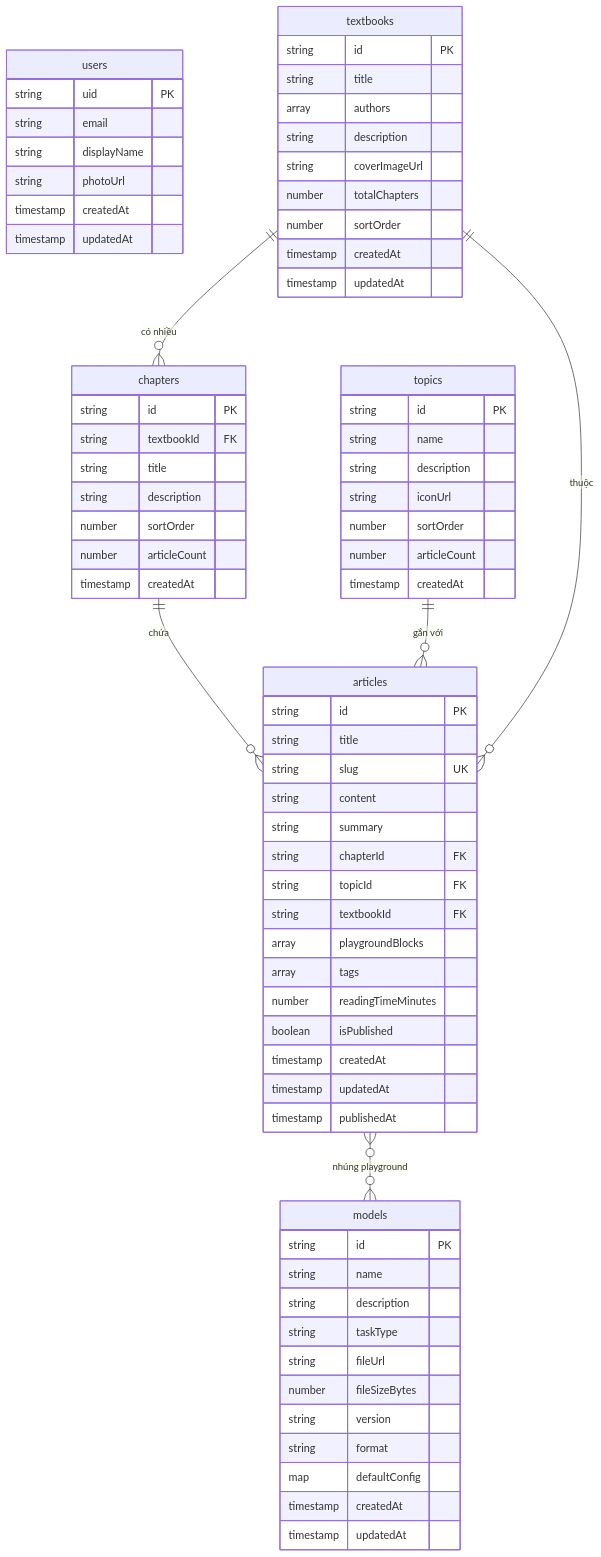
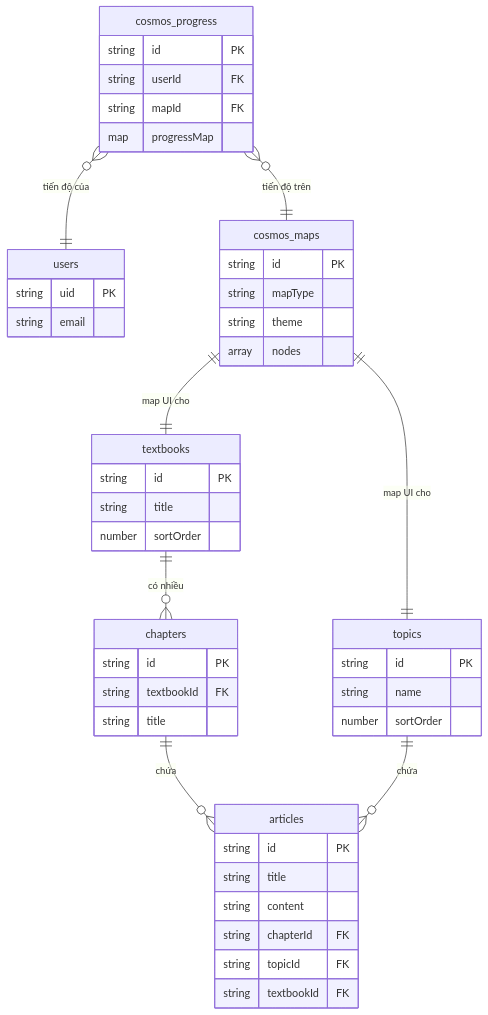
The diagram in docs/design/data-model.md (iAmHieu2012/Sequoia), drawn with Mermaid before and after one commit. The commit also changed other lines of this file and 14 other files, not shown here.

First line of the commit message:
feat: overhaul architecture to Sci-Fi Cosmos theme and implement backend models

````diff
--- a/docs/design/data-model.md
+++ b/docs/design/data-model.md
@@ -10,81 +16,56 @@
 ```mermaid
 erDiagram
     users {
         string uid PK
         string email
-        string displayName
-        string photoUrl
-        timestamp createdAt
-        timestamp updatedAt
     }
 
     textbooks {
         string id PK
         string title
-        array authors
-        string description
-        string coverImageUrl
-        number totalChapters
         number sortOrder
-        timestamp createdAt
-        timestamp updatedAt
     }
 
     chapters {
         string id PK
         string textbookId FK
         string title
-        string description
-        number sortOrder
-        number articleCount
-        timestamp createdAt
     }
 
     topics {
         string id PK
         string name
-        string description
-        string iconUrl
         number sortOrder
-        number articleCount
-        timestamp createdAt
     }
 
     articles {
         string id PK
         string title
-        string slug UK
         string content
-        string summary
         string chapterId FK
         string topicId FK
         string textbookId FK
-        array playgroundBlocks
-        array tags
-        number readingTimeMinutes
-        boolean isPublished
-        timestamp createdAt
-        timestamp updatedAt
-        timestamp publishedAt
     }
 
-    models {
+    cosmos_maps {
         string id PK
-        string name
-        string description
-        string taskType
-        string fileUrl
-        number fileSizeBytes
-        string version
-        string format
-        map defaultConfig
-        timestamp createdAt
-        timestamp updatedAt
+        string mapType
+        string theme
+        array nodes
+    }
+
+    cosmos_progress {
+        string id PK
+        string userId FK
+        string mapId FK
+        map progressMap
     }
 
     textbooks ||--o{ chapters : "có nhiều"
     chapters ||--o{ articles : "chứa"
-    topics ||--o{ articles : "gắn với"
-    textbooks ||--o{ articles : "thuộc"
-    articles }o--o{ models : "nhúng playground"
+    topics ||--o{ articles : "chứa"
+    cosmos_maps ||--|| textbooks : "map UI cho"
+    cosmos_maps ||--|| topics : "map UI cho"
+    cosmos_progress }o--|| users : "tiến độ của"
+    cosmos_progress }o--|| cosmos_maps : "tiến độ trên"
 ```
````
